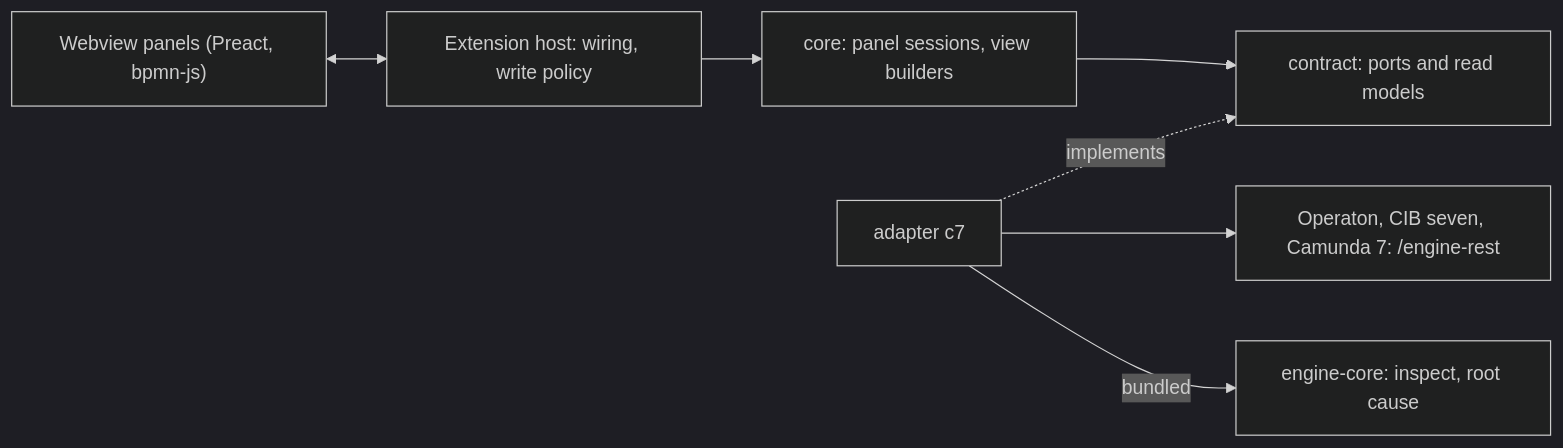
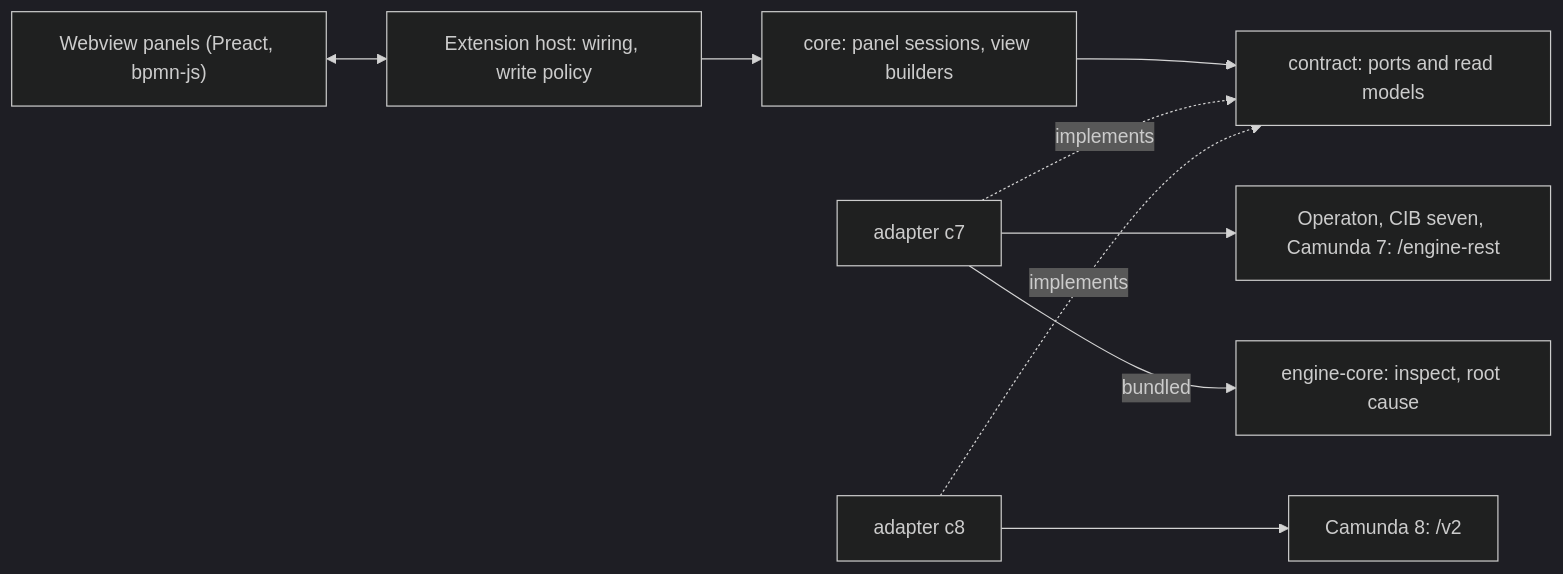
Before and after one commit to Miragon/pulse: the diagram in docs/vscode/architecture.md, drawn with Mermaid (dark theme). The commit also changed other lines of this file and 10 other files, not shown here.

````diff
--- a/docs/vscode/architecture.md
+++ b/docs/vscode/architecture.md
@@ -9,9 +10,11 @@
 ```mermaid
 flowchart LR
   webview["Webview panels (Preact, bpmn-js)"] <--> host["Extension host: wiring, write policy"]
   host --> core["core: panel sessions, view builders"]
   core --> contract["contract: ports and read models"]
   c7["adapter c7"] -. implements .-> contract
   c7 --> engines["Operaton, CIB seven, Camunda 7: /engine-rest"]
   c7 -- bundled --> enginecore["engine-core: inspect, root cause"]
+  c8["adapter c8"] -. implements .-> contract
+  c8 --> cluster["Camunda 8: /v2"]
 ```
````
